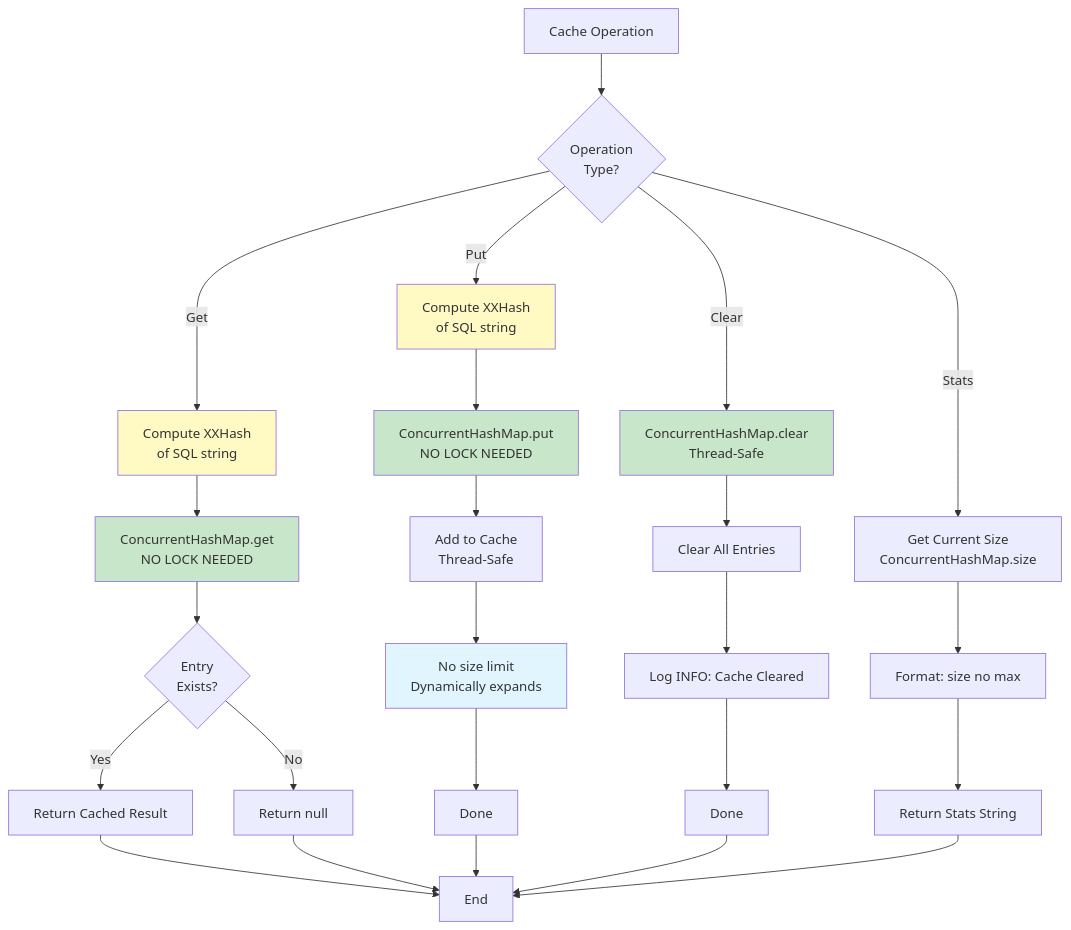
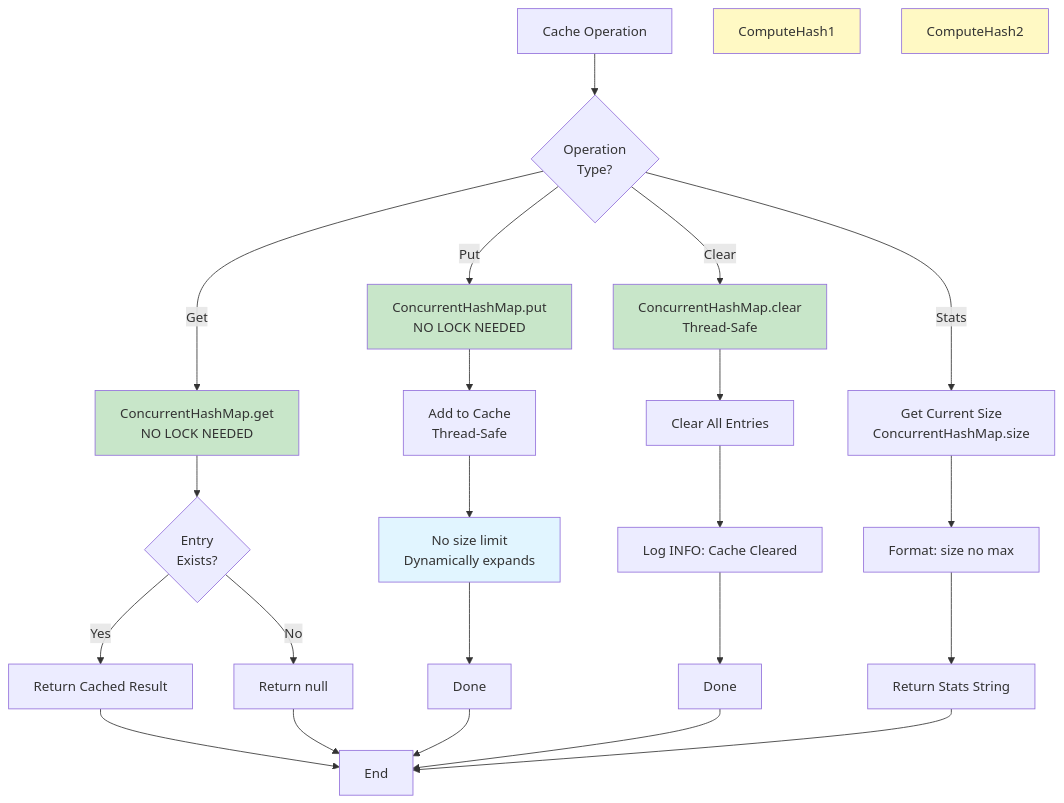
The seventh of 9 diagrams in documents/analysis/SQL_ENHANCER_ENGINE_ANALYSIS.md (jenspapenhagen/ojp), drawn with Mermaid before and after one commit. The commit also changed other lines of this file and 2 other files, not shown here.

Commit message:
Remove XXHash from SQL Enhancer Engine and use original SQL as cache keys

````diff
--- a/documents/analysis/SQL_ENHANCER_ENGINE_ANALYSIS.md
+++ b/documents/analysis/SQL_ENHANCER_ENGINE_ANALYSIS.md
@@ -492,38 +491,36 @@
 ```mermaid
 flowchart TD
     Start[Cache Operation] --> Operation{Operation<br/>Type?}
     
-    Operation -->|Get| ComputeHash1[Compute XXHash<br/>of SQL string]
-    ComputeHash1 --> GetOp[ConcurrentHashMap.get<br/>NO LOCK NEEDED]
+    Operation -->|Get| GetOp[ConcurrentHashMap.get<br/>NO LOCK NEEDED]
     GetOp --> CheckExists{Entry<br/>Exists?}
     CheckExists -->|Yes| ReturnValue[Return Cached Result]
     CheckExists -->|No| ReturnNull[Return null]
     
-    Operation -->|Put| ComputeHash2[Compute XXHash<br/>of SQL string]
-    ComputeHash2 --> PutOp[ConcurrentHashMap.put<br/>NO LOCK NEEDED]
+    Operation -->|Put| PutOp[ConcurrentHashMap.put<br/>NO LOCK NEEDED]
     PutOp --> AddEntry[Add to Cache<br/>Thread-Safe]
     AddEntry --> NoteSize[No size limit<br/>Dynamically expands]
     NoteSize --> Done1[Done]
     
     Operation -->|Clear| ClearOp[ConcurrentHashMap.clear<br/>Thread-Safe]
     ClearOp --> ClearAll[Clear All Entries]
     ClearAll --> LogClear[Log INFO: Cache Cleared]
     LogClear --> Done2[Done]
     
     Operation -->|Stats| GetSize[Get Current Size<br/>ConcurrentHashMap.size]
     GetSize --> FormatStats[Format: size no max]
     FormatStats --> ReturnStats[Return Stats String]
     
     ReturnValue --> End[End]
     ReturnNull --> End
     Done1 --> End
     Done2 --> End
     ReturnStats --> End
     
     style ComputeHash1 fill:#fff9c4
     style ComputeHash2 fill:#fff9c4
     style GetOp fill:#c8e6c9
     style PutOp fill:#c8e6c9
     style ClearOp fill:#c8e6c9
     style NoteSize fill:#e1f5ff
 ```
````
